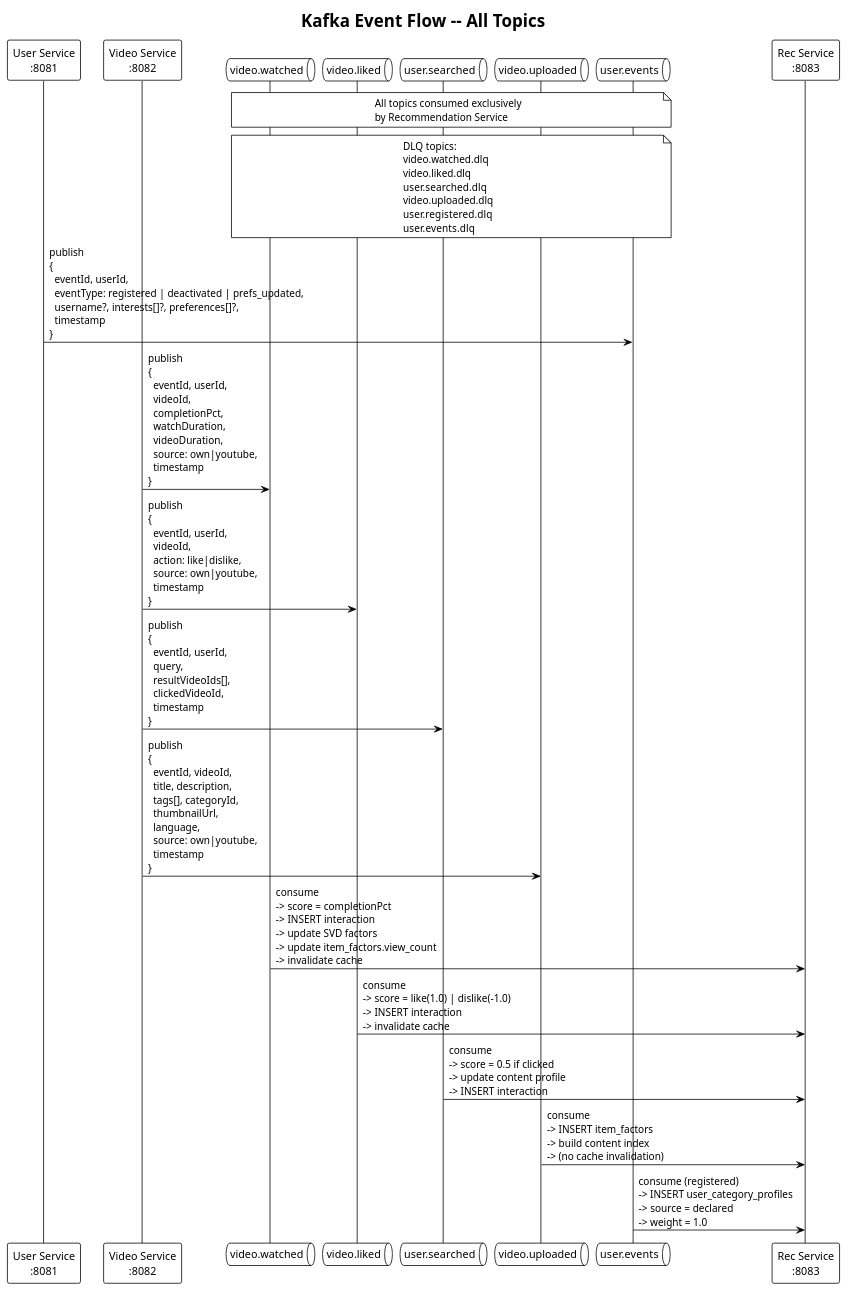
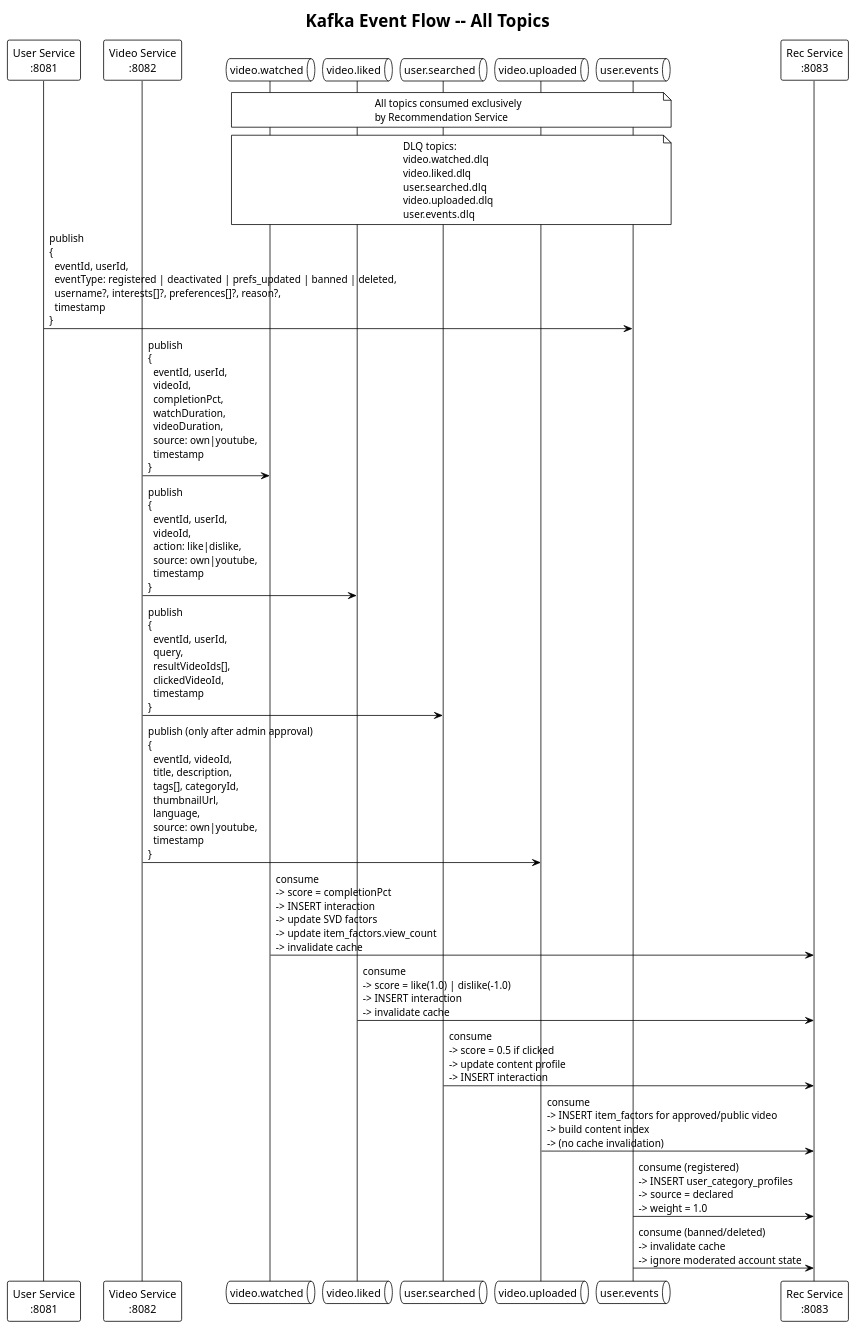
The diagram in uml/08_kafka_event_flow.puml (AmnsAmr/recommendation_sys), drawn with PlantUML before and after one commit. The commit also changed 51 other files, not shown here.

Commit message:
added admin to uml diagrams and added admin endpoints to video-service and user-service

```diff
--- a/uml/08_kafka_event_flow.puml
+++ b/uml/08_kafka_event_flow.puml
@@ -1,52 +1,53 @@
 @startuml Kafka Event Flow
 !theme plain
 skinparam backgroundColor #FFFFFF
 skinparam defaultFontName Arial
 
 title Kafka Event Flow -- All Topics
 
 participant "User Service\n:8081" as us
 participant "Video Service\n:8082" as vs
 queue "video.watched" as tw
 queue "video.liked" as tl
 queue "user.searched" as ts
 queue "video.uploaded" as tu
 queue "user.events" as tue
 participant "Rec Service\n:8083" as rec
 
 note over tw, tue
   All topics consumed exclusively
   by Recommendation Service
 end note
 
 note over tw, tue
   DLQ topics:
   video.watched.dlq
   video.liked.dlq
   user.searched.dlq
   video.uploaded.dlq
-  user.registered.dlq
   user.events.dlq
 end note
 
-us -> tue : publish\n{\n  eventId, userId,\n  eventType: registered | deactivated | prefs_updated,\n  username?, interests[]?, preferences[]?,\n  timestamp\n}
+us -> tue : publish\n{\n  eventId, userId,\n  eventType: registered | deactivated | prefs_updated | banned | deleted,\n  username?, interests[]?, preferences[]?, reason?,\n  timestamp\n}
 
 vs -> tw : publish\n{\n  eventId, userId,\n  videoId,\n  completionPct,\n  watchDuration,\n  videoDuration,\n  source: own|youtube,\n  timestamp\n}
 
 vs -> tl : publish\n{\n  eventId, userId,\n  videoId,\n  action: like|dislike,\n  source: own|youtube,\n  timestamp\n}
 
 vs -> ts : publish\n{\n  eventId, userId,\n  query,\n  resultVideoIds[],\n  clickedVideoId,\n  timestamp\n}
 
-vs -> tu : publish\n{\n  eventId, videoId,\n  title, description,\n  tags[], categoryId,\n  thumbnailUrl,\n  language,\n  source: own|youtube,\n  timestamp\n}
+vs -> tu : publish (only after admin approval)\n{\n  eventId, videoId,\n  title, description,\n  tags[], categoryId,\n  thumbnailUrl,\n  language,\n  source: own|youtube,\n  timestamp\n}
 
 tw -> rec : consume\n-> score = completionPct\n-> INSERT interaction\n-> update SVD factors\n-> update item_factors.view_count\n-> invalidate cache
 
 tl -> rec : consume\n-> score = like(1.0) | dislike(-1.0)\n-> INSERT interaction\n-> invalidate cache
 
 ts -> rec : consume\n-> score = 0.5 if clicked\n-> update content profile\n-> INSERT interaction
 
-tu -> rec : consume\n-> INSERT item_factors\n-> build content index\n-> (no cache invalidation)
+tu -> rec : consume\n-> INSERT item_factors for approved/public video\n-> build content index\n-> (no cache invalidation)
 
 tue -> rec : consume (registered)\n-> INSERT user_category_profiles\n-> source = declared\n-> weight = 1.0
 
+tue -> rec : consume (banned/deleted)\n-> invalidate cache\n-> ignore moderated account state
+
 @enduml
```
